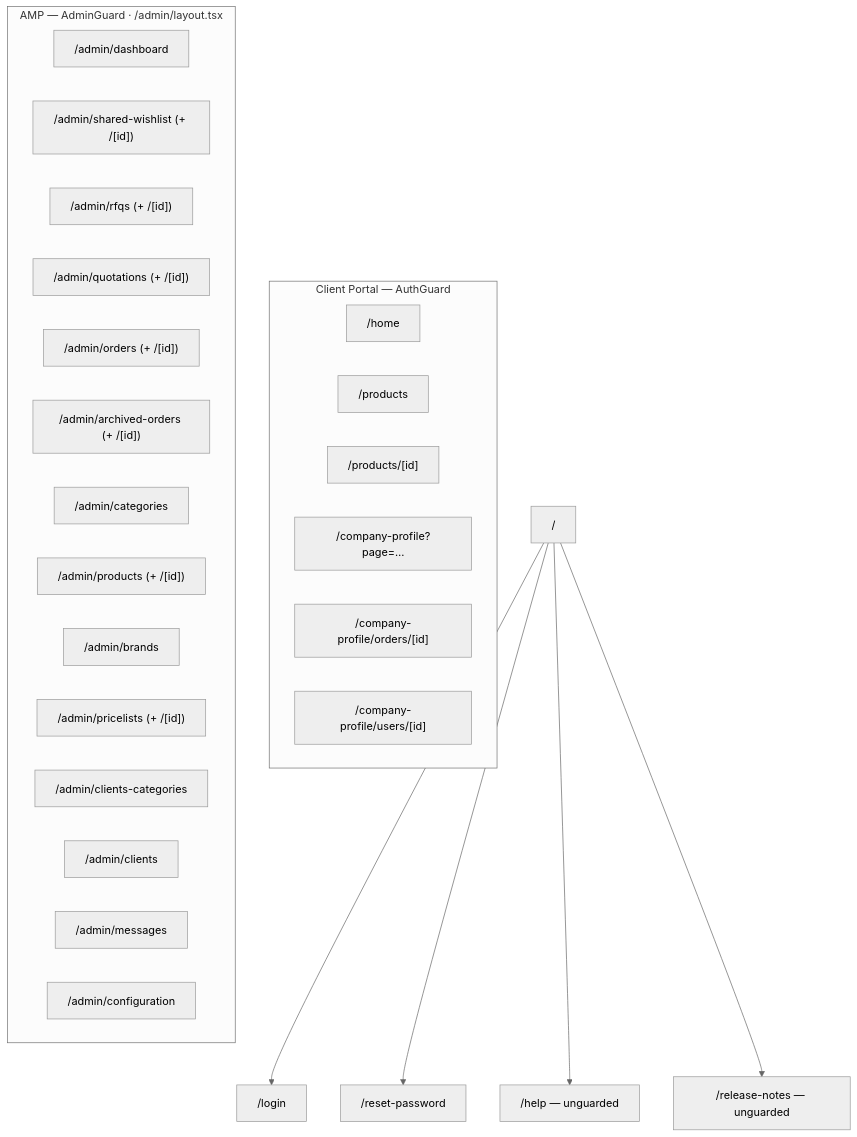
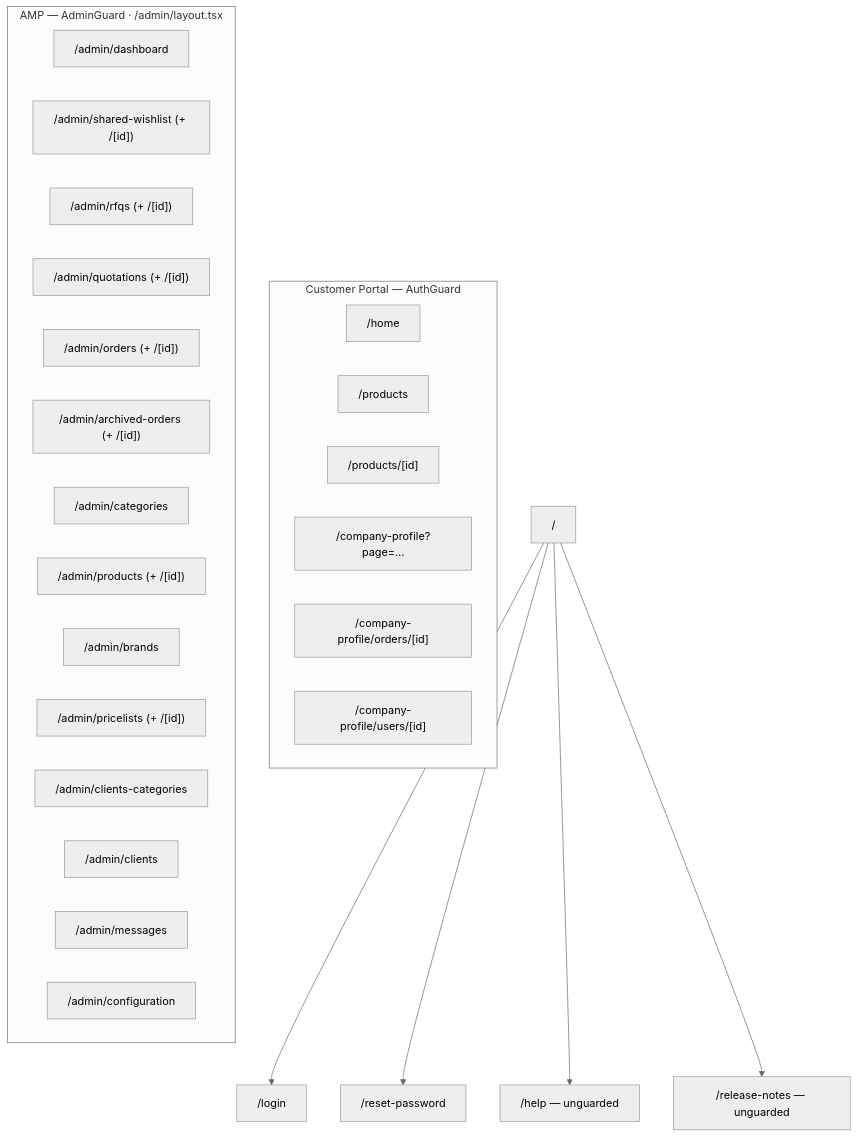
Before and after one commit to LaplaceSoftware/lp_projects_docs: the second of 3 diagrams in docs/b2b_ecommerce_docs/_technical_docs/010-NextJS-Application-Architecture.md, drawn with Mermaid (neutral theme). The commit also changed other lines of this file and 48 other files, not shown here.

````diff
--- a/docs/b2b_ecommerce_docs/_technical_docs/010-NextJS-Application-Architecture.md
+++ b/docs/b2b_ecommerce_docs/_technical_docs/010-NextJS-Application-Architecture.md
@@ -73,33 +73,33 @@
 ```mermaid
 flowchart TB
     ROOT["/"] --> LOGIN["/login"]
     ROOT --> RESET["/reset-password"]
     ROOT --> HELP["/help — unguarded"]
     ROOT --> REL["/release-notes — unguarded"]
 
-    subgraph CLIENT["Client Portal — AuthGuard"]
+    subgraph CLIENT["Customer Portal — AuthGuard"]
         HOME["/home"]
         PROD["/products"]
         PDET["/products/[id]"]
         CPRO["/company-profile?page=…"]
         CORD["/company-profile/orders/[id]"]
         CUSR["/company-profile/users/[id]"]
     end
 
     subgraph ADMIN["AMP — AdminGuard · /admin/layout.tsx"]
         DASH["/admin/dashboard"]
         SW["/admin/shared-wishlist (+ /[id])"]
         RFQ["/admin/rfqs (+ /[id])"]
         QUO["/admin/quotations (+ /[id])"]
         ORD["/admin/orders (+ /[id])"]
         ARC["/admin/archived-orders (+ /[id])"]
         CAT["/admin/categories"]
         APR["/admin/products (+ /[id])"]
         BRA["/admin/brands"]
         PRL["/admin/pricelists (+ /[id])"]
         CCT["/admin/clients-categories"]
         CLI["/admin/clients"]
         MSG["/admin/messages"]
         CFGP["/admin/configuration"]
     end
 ```
````
